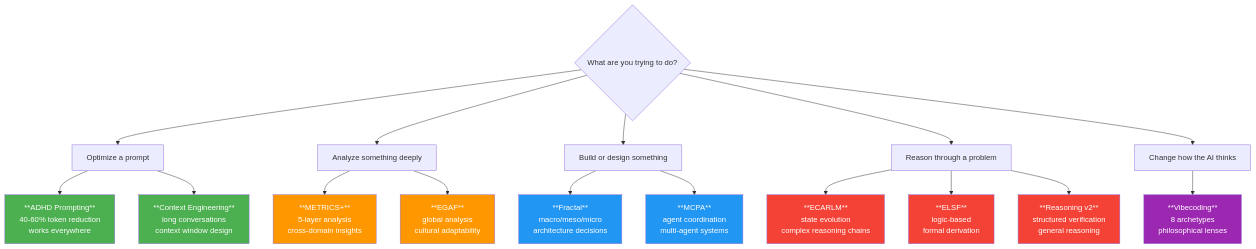
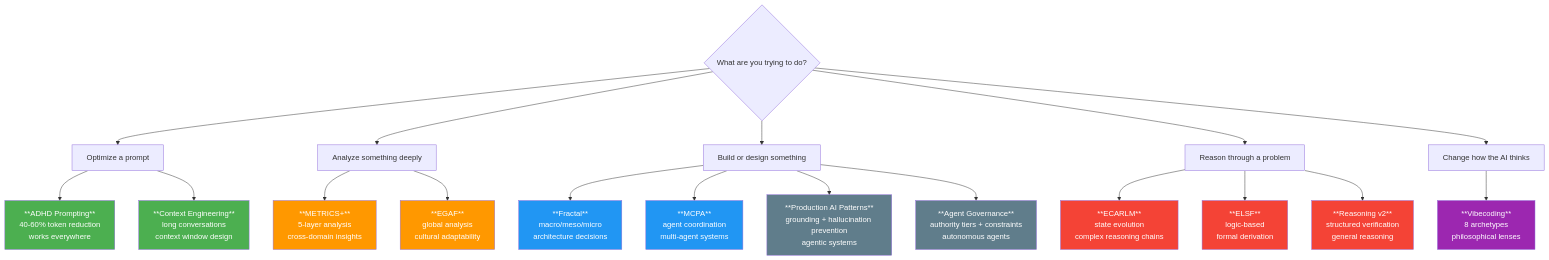
One commit to Stackbilt-dev/ai-playbook changed the diagram in README.md. Above: the diagram before and after it, drawn with Mermaid. The commit also changed other lines of this file and 15 other files, not shown here.

````diff
--- a/README.md
+++ b/README.md
@@ -85,34 +85,39 @@
 ```mermaid
 flowchart TD
     START{What are you trying to do?} --> OPTIMIZE[Optimize a prompt]
     START --> ANALYZE[Analyze something deeply]
     START --> BUILD[Build or design something]
     START --> REASON[Reason through a problem]
     START --> PERSONA[Change how the AI thinks]
 
     OPTIMIZE --> ADHD[**ADHD Prompting**<br/>40-60% token reduction<br/>works everywhere]
     OPTIMIZE --> CE[**Context Engineering**<br/>long conversations<br/>context window design]
 
     ANALYZE --> METRICS[**METRICS+**<br/>5-layer analysis<br/>cross-domain insights]
     ANALYZE --> EGAF[**EGAF**<br/>global analysis<br/>cultural adaptability]
 
     BUILD --> FRACTAL[**Fractal**<br/>macro/meso/micro<br/>architecture decisions]
     BUILD --> MCPA[**MCPA**<br/>agent coordination<br/>multi-agent systems]
 
     REASON --> ECARLM[**ECARLM**<br/>state evolution<br/>complex reasoning chains]
     REASON --> ELSF[**ELSF**<br/>logic-based<br/>formal derivation]
     REASON --> RV2[**Reasoning v2**<br/>structured verification<br/>general reasoning]
 
+    BUILD --> PROD[**Production AI Patterns**<br/>grounding + hallucination prevention<br/>agentic systems]
+    BUILD --> GOV[**Agent Governance**<br/>authority tiers + constraints<br/>autonomous agents]
+
     PERSONA --> VIBE[**Vibecoding**<br/>8 archetypes<br/>philosophical lenses]
 
     style ADHD fill:#4CAF50,color:#fff
     style VIBE fill:#9C27B0,color:#fff
     style FRACTAL fill:#2196F3,color:#fff
     style METRICS fill:#FF9800,color:#fff
     style CE fill:#4CAF50,color:#fff
     style MCPA fill:#2196F3,color:#fff
     style ECARLM fill:#F44336,color:#fff
     style EGAF fill:#FF9800,color:#fff
     style ELSF fill:#F44336,color:#fff
     style RV2 fill:#F44336,color:#fff
+    style PROD fill:#607D8B,color:#fff
+    style GOV fill:#607D8B,color:#fff
 ```
````
